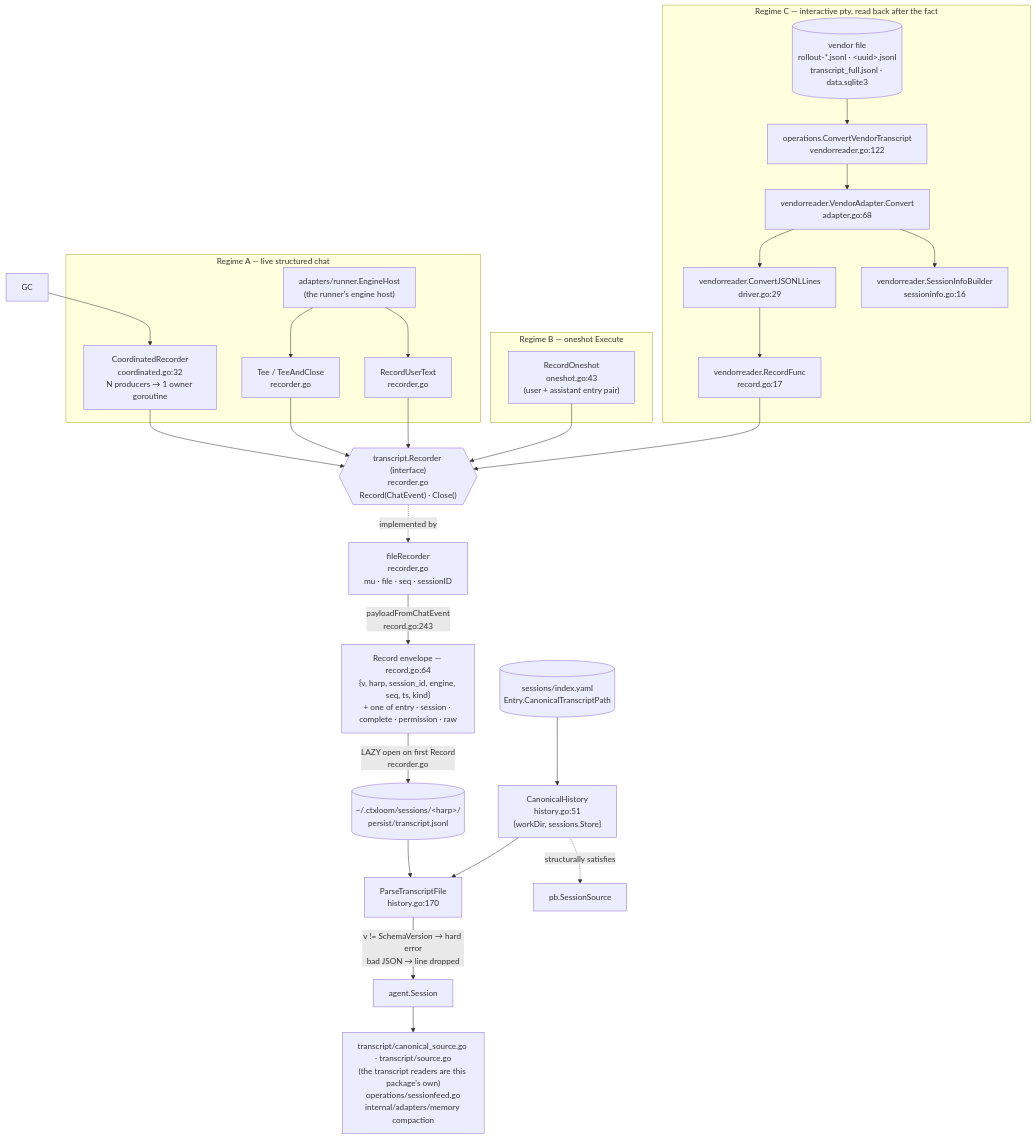
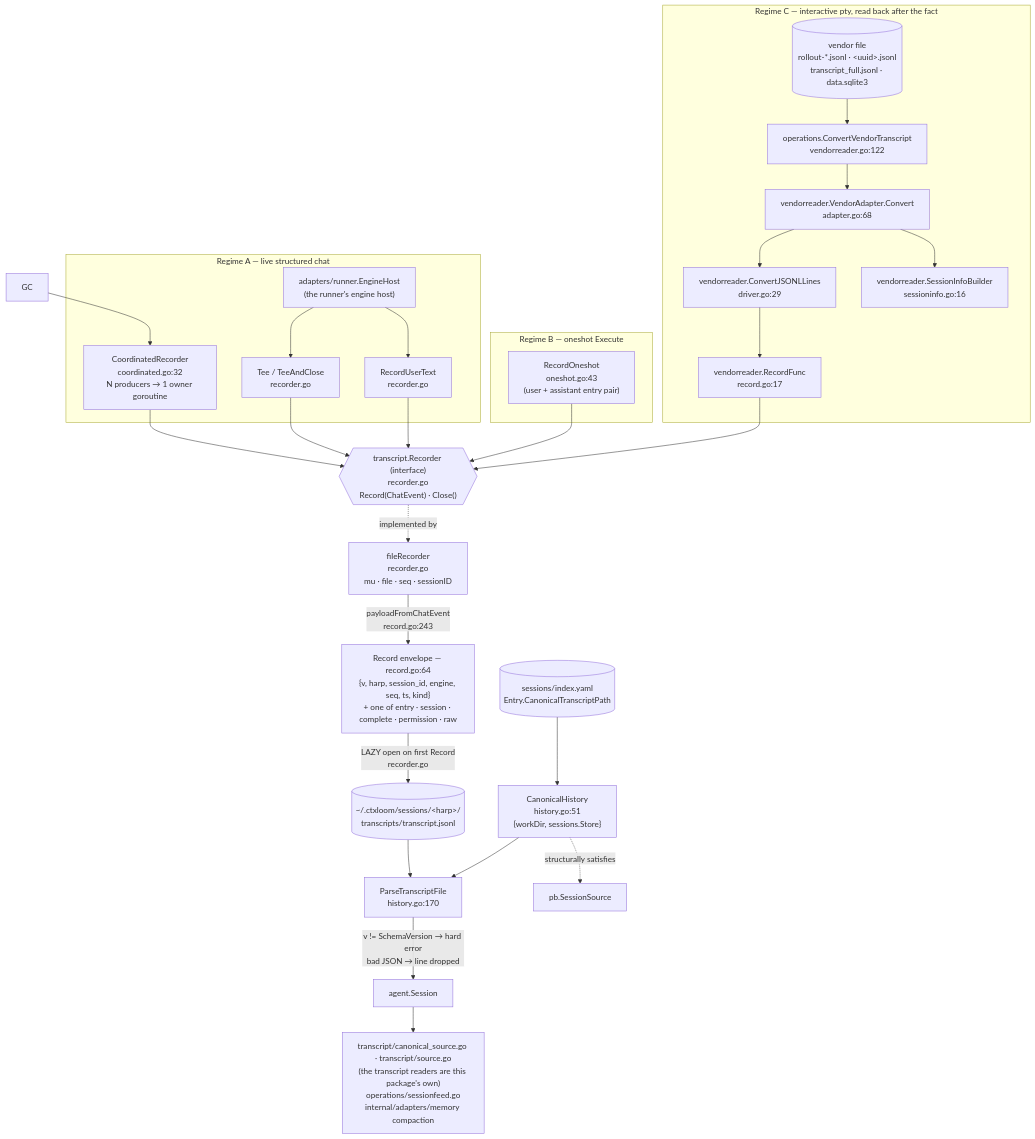
One commit to ctxloom/ctxloom changed the first of 2 diagrams in docs/architecture/companions/transcript.md. Above: the diagram before and after it, drawn with Mermaid. The commit also changed other lines of this file and 19 other files, not shown here.

First line of the commit message:
docs: session-layout — architecture, glossary and user docs describe the machine session dir and the output dir

````diff
--- a/docs/architecture/companions/transcript.md
+++ b/docs/architecture/companions/transcript.md
@@ -23,46 +23,46 @@
 ```mermaid
 flowchart TD
     subgraph live["Regime A — live structured chat"]
       EH["adapters/runner.EngineHost<br/>(the runner's engine host)"]
       CR["CoordinatedRecorder<br/>coordinated.go:32<br/>N producers → 1 owner goroutine"]
       TEE["Tee / TeeAndClose<br/>recorder.go"]
       RUT["RecordUserText<br/>recorder.go"]
     end
 
     subgraph oneshot["Regime B — oneshot Execute"]
       RO["RecordOneshot<br/>oneshot.go:43<br/>(user + assistant entry pair)"]
     end
 
     subgraph vendor["Regime C — interactive pty, read back after the fact"]
       VF[("vendor file<br/>rollout-*.jsonl · &lt;uuid&gt;.jsonl<br/>transcript_full.jsonl · data.sqlite3")]
       CVT["operations.ConvertVendorTranscript<br/>vendorreader.go:122"]
       VA["vendorreader.VendorAdapter.Convert<br/>adapter.go:68"]
       DRV["vendorreader.ConvertJSONLLines<br/>driver.go:29"]
       SIB["vendorreader.SessionInfoBuilder<br/>sessioninfo.go:16"]
       RF["vendorreader.RecordFunc<br/>record.go:17"]
     end
 
     GC --> CR
     EH --> TEE
     EH --> RUT
     CR --> RECI
     TEE --> RECI
     RUT --> RECI
     RO --> RECI
     VF --> CVT --> VA --> DRV
     VA --> SIB
     DRV --> RF --> RECI
 
     RECI{{"transcript.Recorder (interface)<br/>recorder.go<br/>Record(ChatEvent) · Close()"}}
     RECI -.implemented by.-> FR["fileRecorder<br/>recorder.go<br/>mu · file · seq · sessionID"]
 
     FR -->|"payloadFromChatEvent<br/>record.go:243"| REC["Record envelope — record.go:64<br/>{v, harp, session_id, engine, seq, ts, kind}<br/>+ one of entry · session · complete · permission · raw"]
-    REC -->|"LAZY open on first Record<br/>recorder.go"| DISK[("~/.ctxloom/sessions/&lt;harp&gt;/<br/>persist/transcript.jsonl")]
+    REC -->|"LAZY open on first Record<br/>recorder.go"| DISK[("~/.ctxloom/sessions/&lt;harp&gt;/<br/>transcripts/transcript.jsonl")]
 
     DISK --> PTF["ParseTranscriptFile<br/>history.go:170"]
     PTF -->|"v != SchemaVersion → hard error<br/>bad JSON → line dropped"| SESS["agent.Session"]
     CH["CanonicalHistory<br/>history.go:51<br/>{workDir, sessions.Store}"] --> PTF
     CH -.structurally satisfies.-> PBS["pb.SessionSource"]
     IDX[("sessions/index.yaml<br/>Entry.CanonicalTranscriptPath")] --> CH
     SESS --> CONS["transcript/canonical_source.go · transcript/source.go<br/>(the transcript readers are this package's own)<br/>operations/sessionfeed.go<br/>internal/adapters/memory compaction"]
 ```
````
